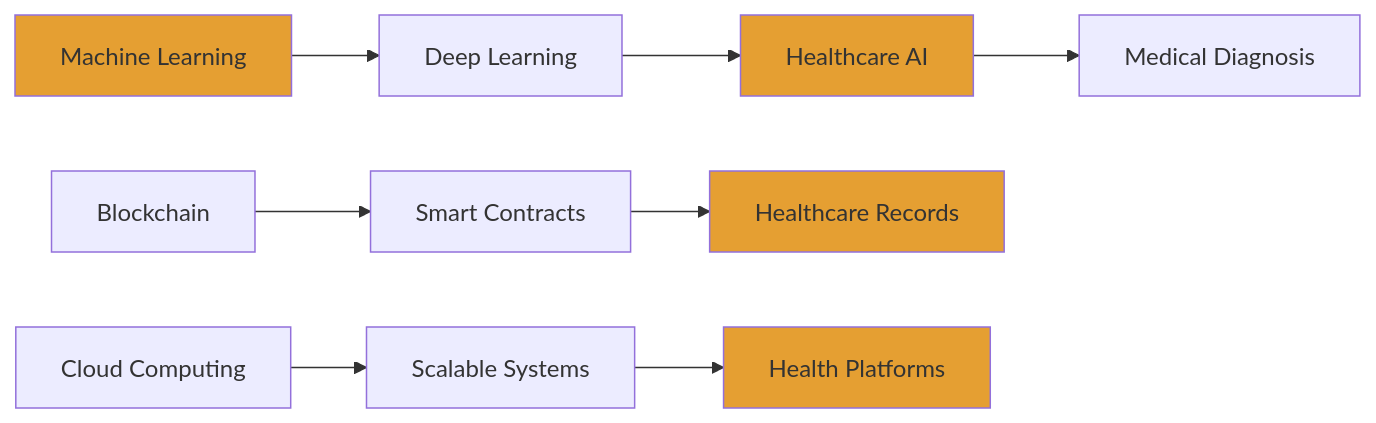
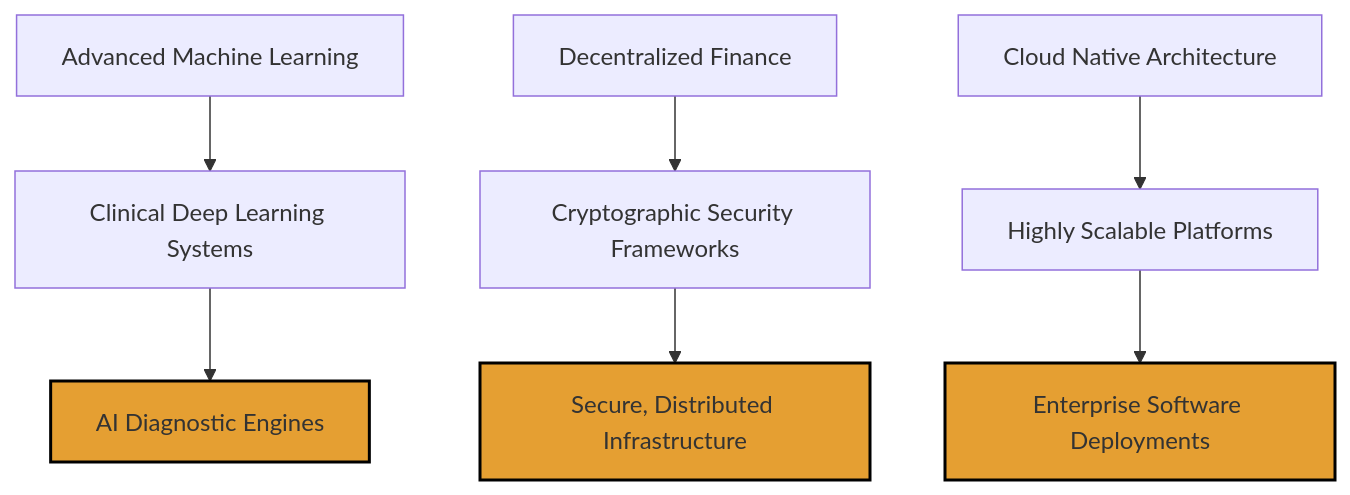
The diagram in README.md (Sammy2266/Sammy2266), drawn with Mermaid before and after one commit. The commit also changed other lines of this file, not shown here.

````diff
--- a/README.md
+++ b/README.md
@@ -308,15 +78,16 @@
 ```mermaid
-graph LR
-    A[Machine Learning] --> B[Deep Learning]
-    B --> C[Healthcare AI]
-    C --> D[Medical Diagnosis]
-    E[Blockchain] --> F[Smart Contracts]
-    F --> G[Healthcare Records]
-    H[Cloud Computing] --> I[Scalable Systems]
-    I --> J[Health Platforms]
+graph TD
+    A[Advanced Machine Learning] --> B[Clinical Deep Learning Systems]
+    B --> C[AI Diagnostic Engines]
+    
+    D[Decentralized Finance] --> E[Cryptographic Security Frameworks]
+    E --> F[Secure, Distributed Infrastructure]
+    
+    G[Cloud Native Architecture] --> H[Highly Scalable Platforms]
+    H --> I[Enterprise Software Deployments]
 
-    style A fill:#E59F32
-    style C fill:#E59F32
-    style G fill:#E59F32
-    style J fill:#E59F32
+    style C fill:#E59F32,stroke:#000,stroke-width:2px
+    style F fill:#E59F32,stroke:#000,stroke-width:2px
+    style I fill:#E59F32,stroke:#000,stroke-width:2px
+
 ```
````
